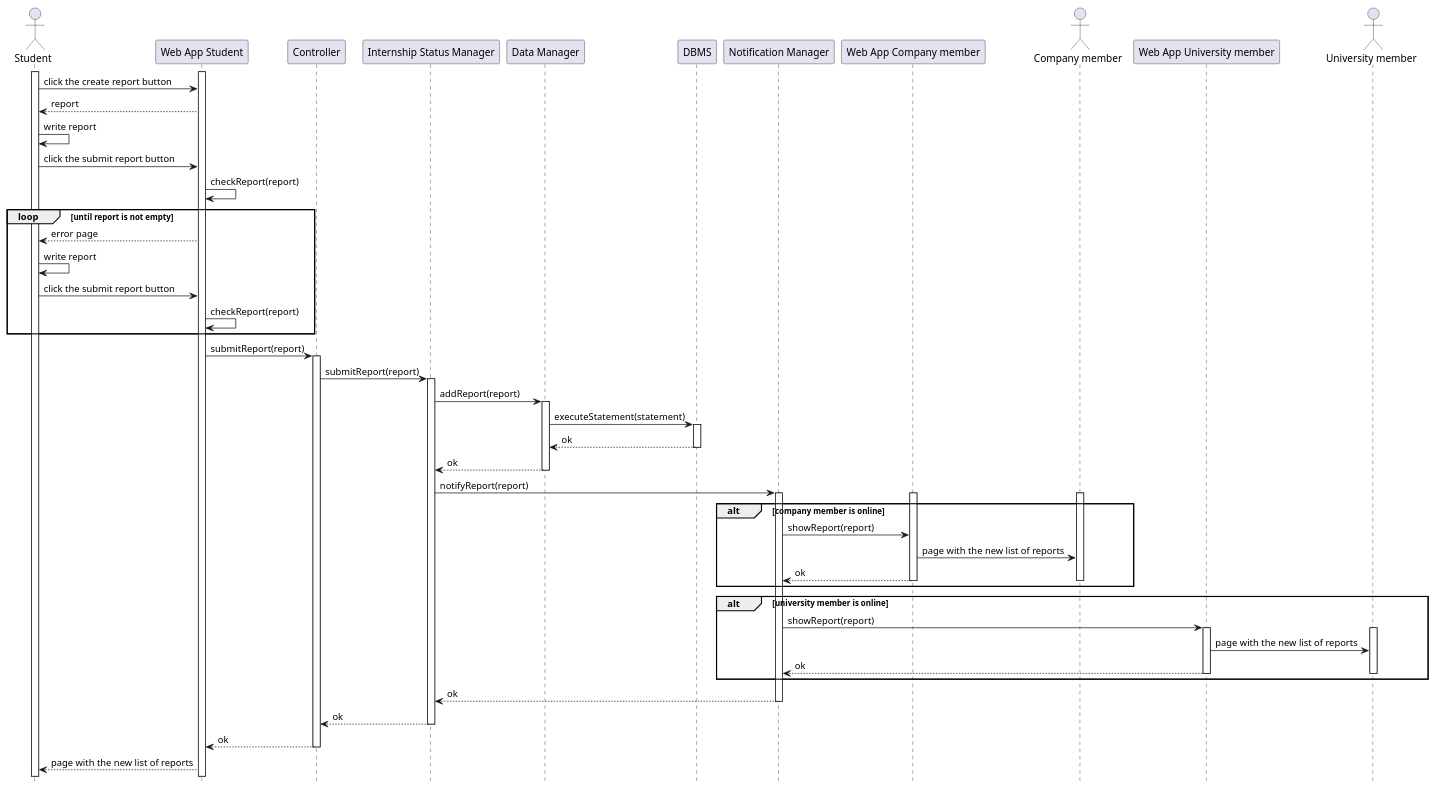
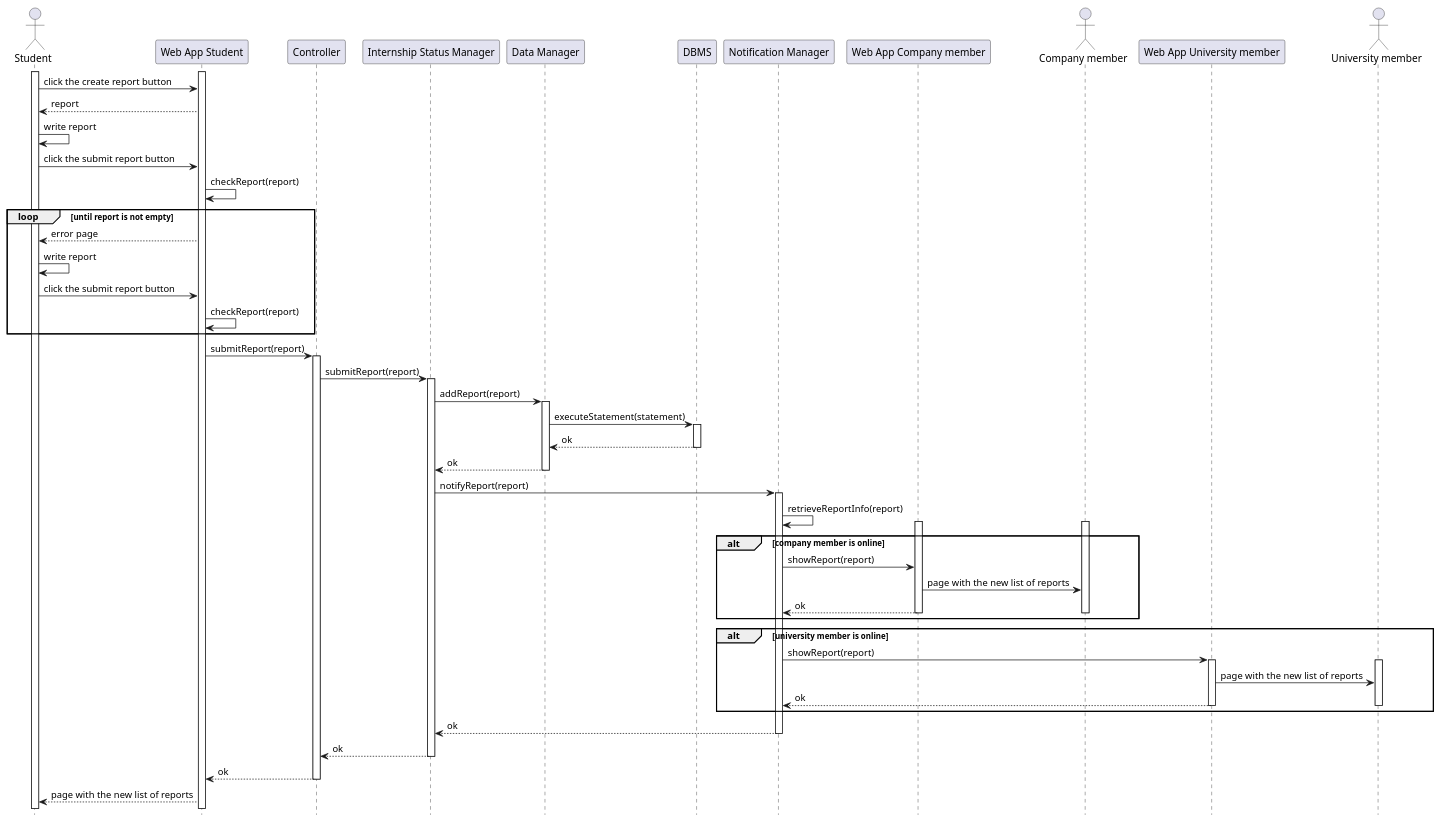
Before and after one commit to matti8702/R_and_DD_project_SE2: the diagram in DD/Architectural_design/uml_diagrams/RV24_diagram.puml, drawn with PlantUML. The commit also changed 7 other files, not shown here.

```diff
--- a/DD/Architectural_design/uml_diagrams/RV24_diagram.puml
+++ b/DD/Architectural_design/uml_diagrams/RV24_diagram.puml
@@ -1,68 +1,69 @@
 @startuml RV24_diagram
 hide footbox
 
 actor "Student" as ST
 participant "Web App Student" AS WAST
 participant "Controller" as C
 participant "Internship Status Manager" as IM
 participant "Data Manager" as DM
 participant "DBMS" as DB
 participant "Notification Manager" as NM
 participant "Web App Company member" AS WACM
 actor "Company member" as CM
 participant "Web App University member" AS WAUM
 actor "University member" AS UM
 
 activate ST
 activate WAST
 ST -> WAST : click the create report button
 WAST --> ST : report
 ST -> ST   : write report
 ST -> WAST : click the submit report button
 WAST -> WAST : checkReport(report)
 loop until report is not empty
     WAST --> ST : error page
     ST -> ST   : write report
     ST -> WAST : click the submit report button
     WAST -> WAST : checkReport(report)
 end
 WAST -> C : submitReport(report)
 activate C
 C -> IM    : submitReport(report)
 activate IM
 IM -> DM : addReport(report)
 activate  DM
 DM -> DB : executeStatement(statement)
 activate DB
 DB --> DM : ok
 deactivate DB
 DM --> IM : ok
 deactivate DM
 IM -> NM : notifyReport(report)
 activate NM
+NM -> NM : retrieveReportInfo(report)
 alt company member is online
     activate WACM
     activate CM
     NM -> WACM : showReport(report)
     WACM -> CM : page with the new list of reports
     WACM --> NM : ok
     deactivate WACM
     deactivate CM
 end 
 alt university member is online
     NM -> WAUM : showReport(report)
     activate WAUM
     activate UM
     WAUM -> UM : page with the new list of reports
     WAUM --> NM : ok
     deactivate WAUM
     deactivate UM
 end 
 NM --> IM : ok
 deactivate NM
 IM --> C : ok
 deactivate IM
 C --> WAST : ok 
 deactivate C
 WAST --> ST : page with the new list of reports
 @enduml
```
